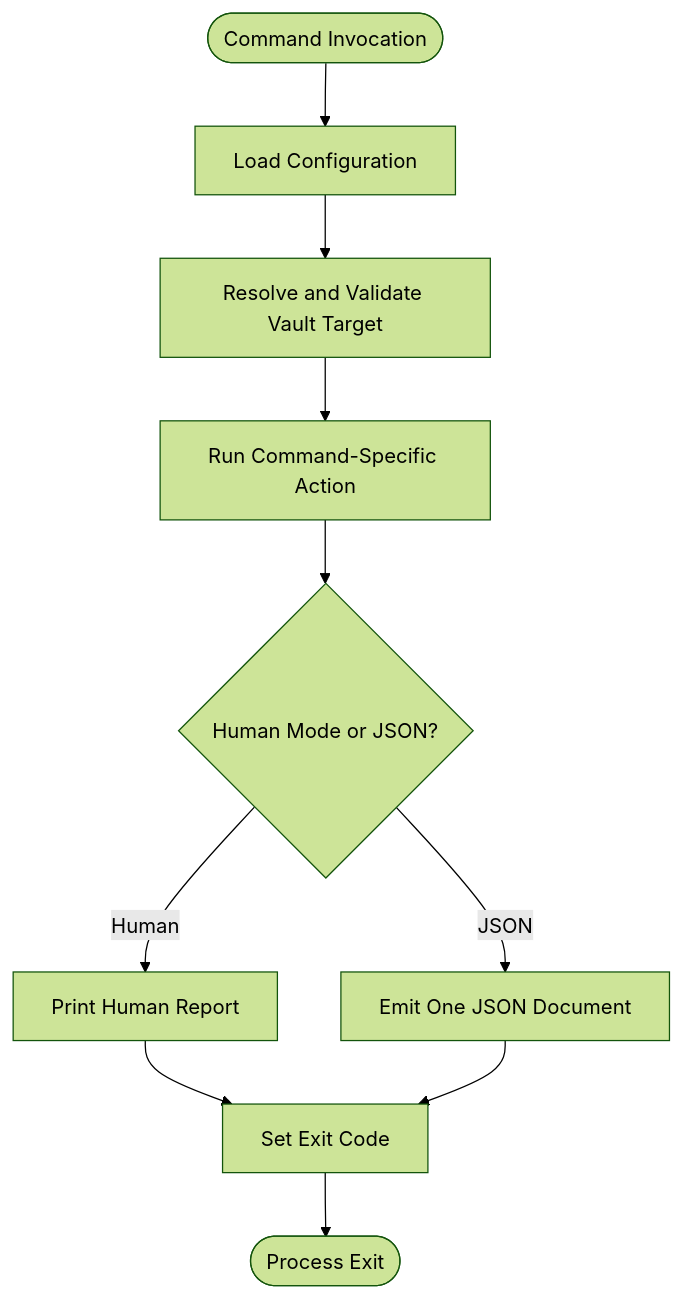
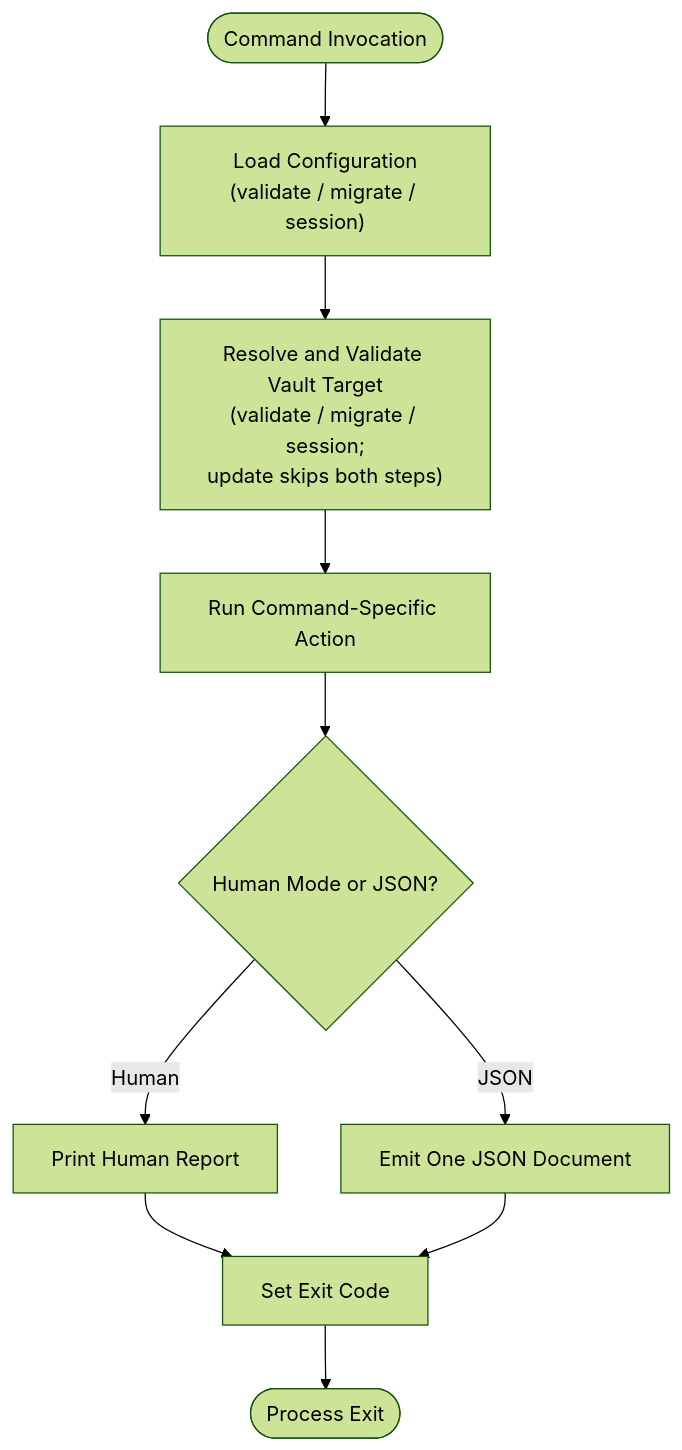
The second of 3 diagrams in Command Reference/Maintenance and System Commands.md (Kuldeep2822k/palee-architecture), drawn with Mermaid (forest theme) before and after one commit. The commit also changed other lines of this file and 5 other files, not shown here.

Commit message:
docs(command-reference): canonical JSON matrix, real validate payload, T- example IDs

````diff
--- a/Command Reference/Maintenance and System Commands.md
+++ b/Command Reference/Maintenance and System Commands.md
@@ -61,12 +61,12 @@
 ```mermaid
 flowchart TD
-  Start(["Command Invocation"]) --> LoadConfig["Load Configuration"]
-  LoadConfig --> ResolveTarget["Resolve and Validate Vault Target"]
+  Start(["Command Invocation"]) --> LoadConfig["Load Configuration<br/>(validate / migrate / session)"]
+  LoadConfig --> ResolveTarget["Resolve and Validate Vault Target<br/>(validate / migrate / session;<br/>update skips both steps)"]
   ResolveTarget --> RunAction["Run Command-Specific Action"]
   RunAction --> HumanOrJson{"Human Mode or JSON?"}
   HumanOrJson -->|Human| PrintProse["Print Human Report"]
   HumanOrJson -->|JSON| PrintJson["Emit One JSON Document"]
   PrintProse --> ExitCode["Set Exit Code"]
   PrintJson --> ExitCode
   ExitCode --> End(["Process Exit"])
 ```
````
